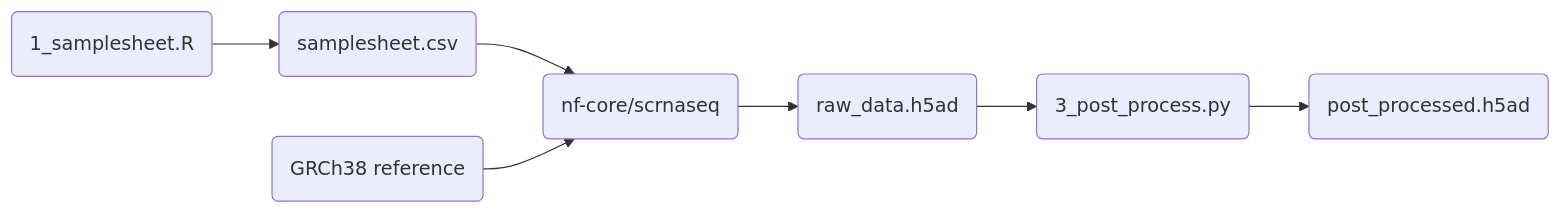
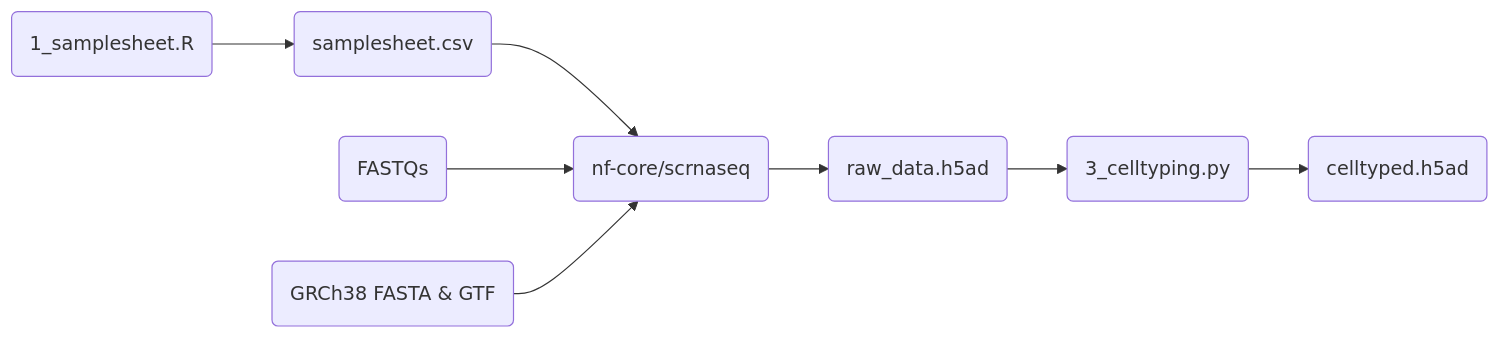
One commit to laminlabs/lamin-blog changed the diagram in docs/nf-lamin.md. Above: the diagram before and after it, drawn with Mermaid. The commit also changed other lines of this file and 2 other files, not shown here.

````diff
--- a/docs/nf-lamin.md
+++ b/docs/nf-lamin.md
@@ -77,13 +88,15 @@
 ```{mermaid}
 flowchart LR
     rscript("1_samplesheet.R"):::focal
-    ref("GRCh38 reference"):::artifact
+    fastq("FASTQs"):::artifact
+    ref("GRCh38 FASTA & GTF"):::artifact
     sheet("samplesheet.csv"):::artifact
     nf("nf-core/scrnaseq"):::focal
     h5ad("raw_data.h5ad"):::artifact
-    nb("3_post_process.py"):::focal
-    ann("post_processed.h5ad"):::artifact
+    nb("3_celltyping.py"):::focal
+    ann("celltyped.h5ad"):::artifact
 
     rscript --> sheet --> nf --> h5ad --> nb --> ann
+    fastq --> nf
     ref --> nf
 ```
````
